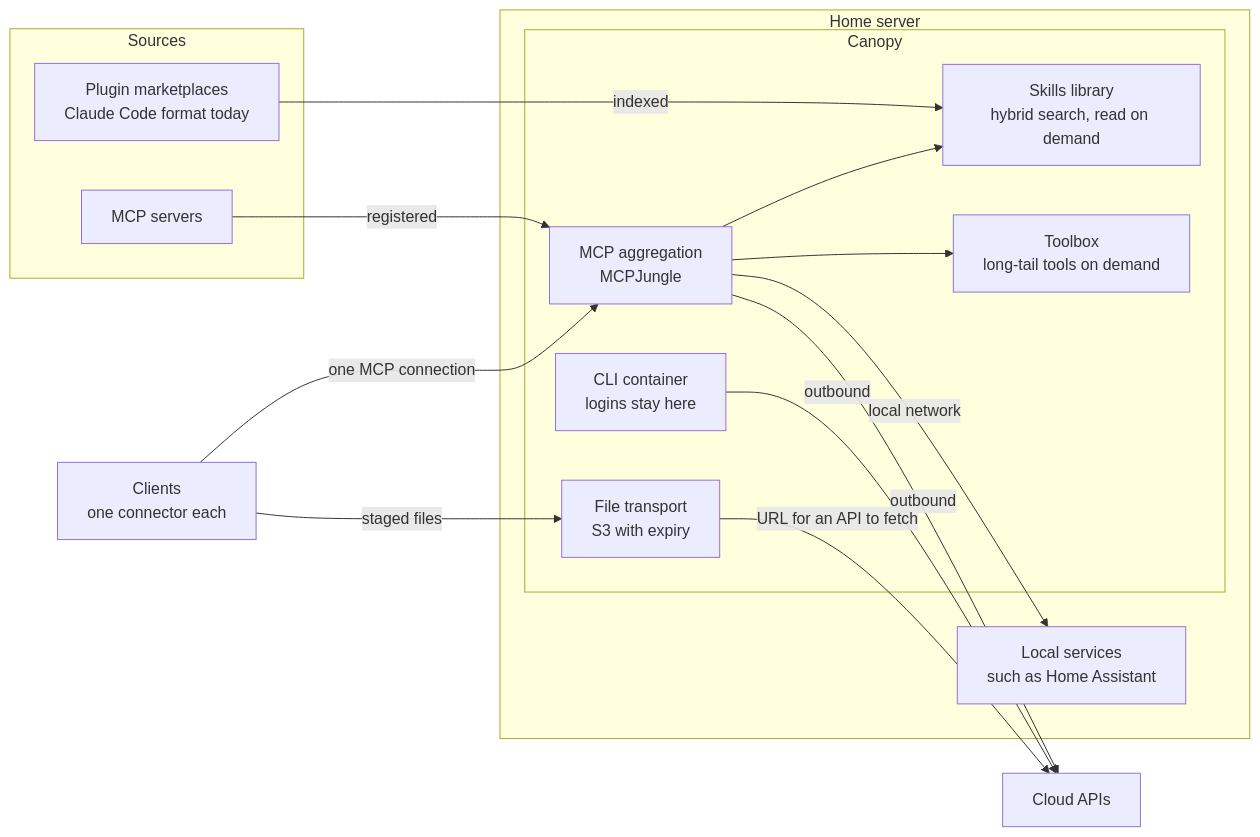
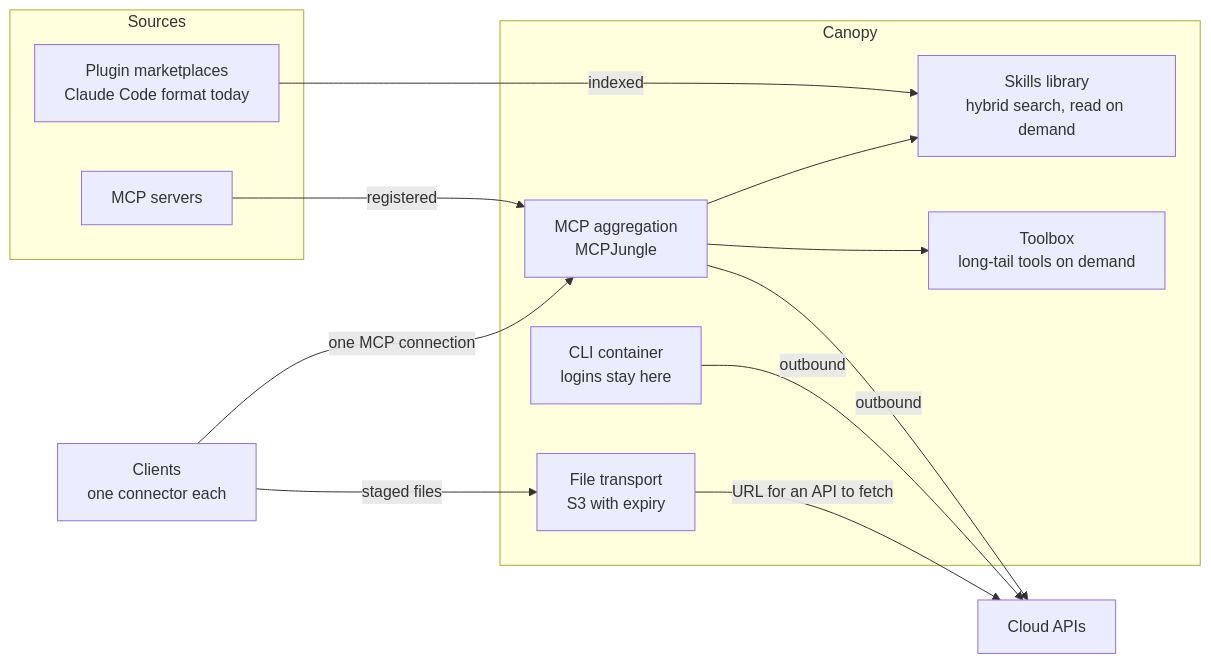
The first of 6 diagrams in docs/overview.md (danielrosehill/Canopy), drawn with Mermaid before and after one commit. The commit also changed other lines of this file and 6 other files, not shown here.

First line of the commit message:
Reframe the overview around Home Canopy and Cloud Canopy

````diff
--- a/docs/overview.md
+++ b/docs/overview.md
@@ -28,32 +35,28 @@
 ```mermaid
 flowchart LR
     subgraph sources["Sources"]
         mkt["Plugin marketplaces<br/>Claude Code format today"]
         ups["MCP servers"]
     end
 
-    subgraph home["Home server"]
-        subgraph canopy["Canopy"]
-            cat["Skills library<br/>hybrid search, read on demand"]
-            gw["MCP aggregation<br/>MCPJungle"]
-            tb["Toolbox<br/>long-tail tools on demand"]
-            cli["CLI container<br/>logins stay here"]
-            s3["File transport<br/>S3 with expiry"]
-        end
-        local["Local services<br/>such as Home Assistant"]
+    subgraph canopy["Canopy"]
+        cat["Skills library<br/>hybrid search, read on demand"]
+        gw["MCP aggregation<br/>MCPJungle"]
+        tb["Toolbox<br/>long-tail tools on demand"]
+        cli["CLI container<br/>logins stay here"]
+        s3["File transport<br/>S3 with expiry"]
     end
 
     cloud["Cloud APIs"]
     clients["Clients<br/>one connector each"]
 
     mkt -- indexed --> cat
     ups -- registered --> gw
     gw --> tb
     gw --> cat
-    gw -- local network --> local
     gw -- outbound --> cloud
     cli -- outbound --> cloud
     s3 -- URL for an API to fetch --> cloud
     clients -- "one MCP connection" --> gw
     clients -- staged files --> s3
 ```
````
